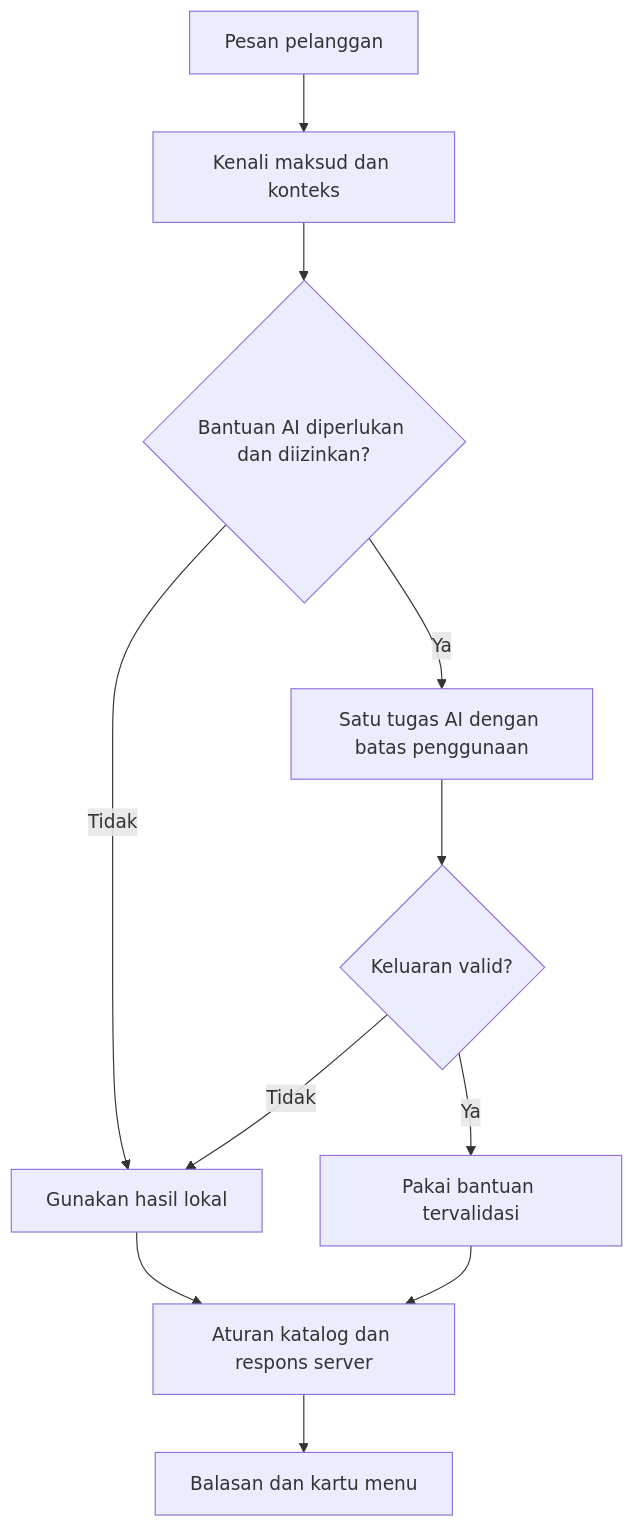
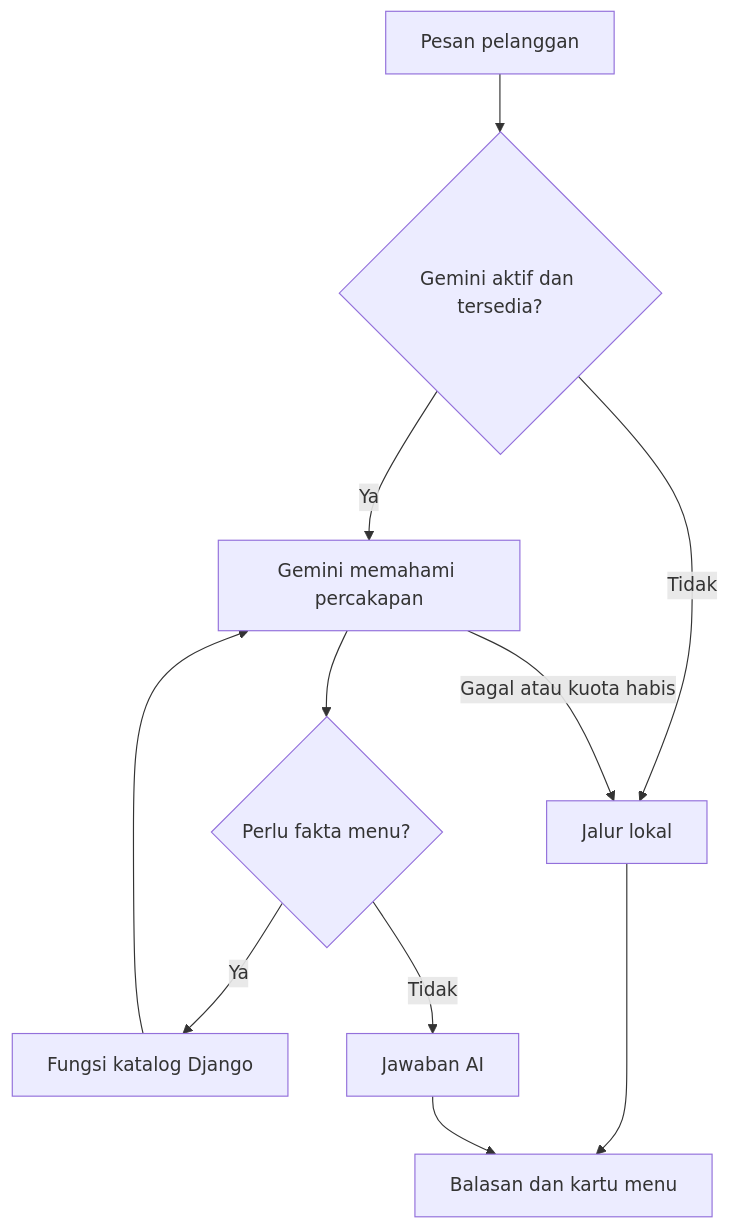
The third of 4 diagrams in docs/PANDUAN_PENGEMBANGAN.md (Cordova88/pemesanan-makanan-digital), drawn with Mermaid before and after one commit. The commit also changed other lines of this file and 19 other files, not shown here.

````diff
--- a/docs/PANDUAN_PENGEMBANGAN.md
+++ b/docs/PANDUAN_PENGEMBANGAN.md
@@ -232,13 +233,13 @@
 ```mermaid
 flowchart TD
-    A[Pesan pelanggan] --> B[Kenali maksud dan konteks]
-    B --> C{Bantuan AI diperlukan dan diizinkan?}
-    C -->|Tidak| D[Gunakan hasil lokal]
-    C -->|Ya| E[Satu tugas AI dengan batas penggunaan]
-    E --> F{Keluaran valid?}
-    F -->|Tidak| D
-    F -->|Ya| G[Pakai bantuan tervalidasi]
-    D --> H[Aturan katalog dan respons server]
+    A[Pesan pelanggan] --> B{Gemini aktif dan tersedia?}
+    B -->|Tidak| C[Jalur lokal]
+    B -->|Ya| D[Gemini memahami percakapan]
+    D --> E{Perlu fakta menu?}
+    E -->|Ya| F[Fungsi katalog Django]
+    F --> D
+    E -->|Tidak| G[Jawaban AI]
+    D -->|Gagal atau kuota habis| C
+    C --> H[Balasan dan kartu menu]
     G --> H
-    H --> I[Balasan dan kartu menu]
 ```
````
